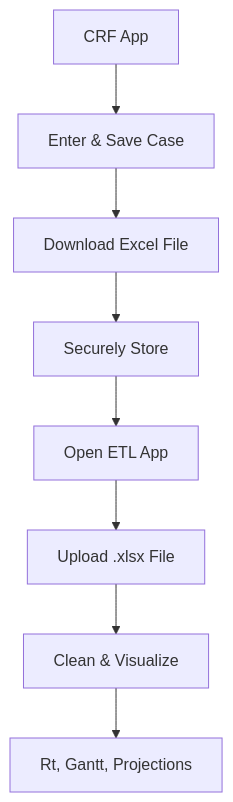
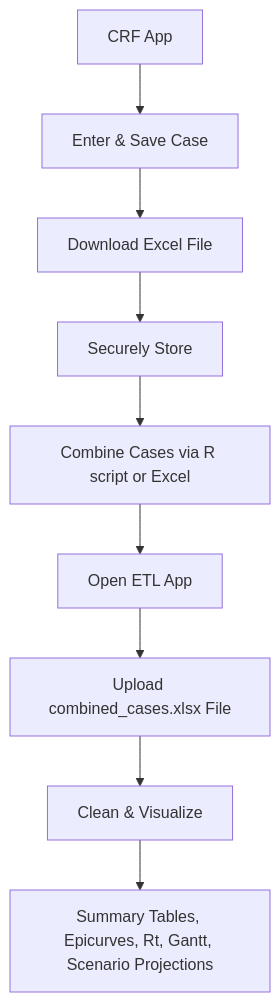
The diagram in README.md (ddwarabandam/Measles-ETL-Outbreak-Analytics-Web-App), drawn with Mermaid before and after one commit. The commit also changed other lines of this file, not shown here.

````diff
--- a/README.md
+++ b/README.md
@@ -506,10 +504,11 @@
 ```mermaid
 flowchart TD
   A[CRF App] --> B[Enter & Save Case]
   B --> C[Download Excel File]
   C --> D[Securely Store]
-  D --> E[Open ETL App]
-  E --> F[Upload .xlsx File]
-  F --> G[Clean & Visualize]
-  G --> H[Rt, Gantt, Projections]
+  D --> E[Combine Cases via R script or Excel]
+  E --> F[Open ETL App]
+  F --> G[Upload combined_cases.xlsx File]
+  G --> H[Clean & Visualize]
+  H --> I[Summary Tables, Epicurves, Rt, Gantt, Scenario Projections]
 ```
````
